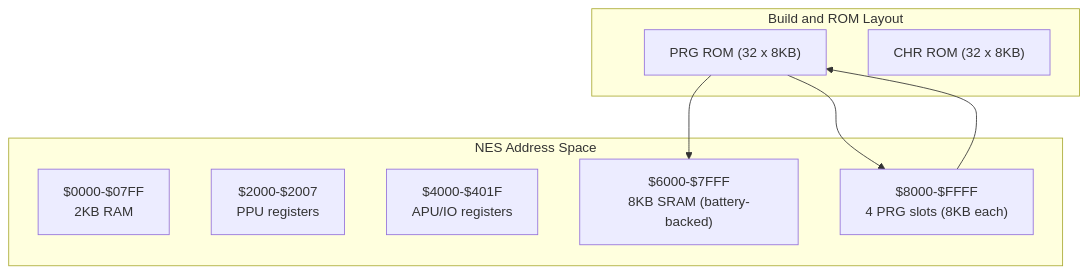
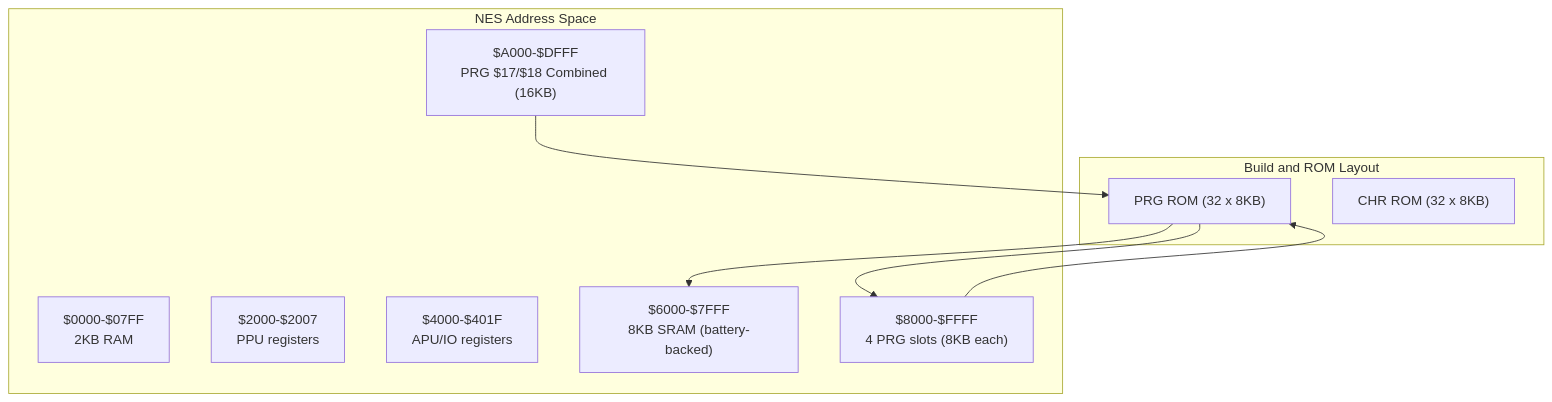
The first of 7 diagrams in .qoder/repowiki/en/content/Data Access and Memory Management/Memory Organization and Addressing.md (rabbyzero/sango2dasm), drawn with Mermaid before and after one commit. The commit also changed other lines of this file and 35 other files, not shown here.

````diff
--- a/.qoder/repowiki/en/content/Data Access and Memory Management/Memory Organization and Addressing.md
+++ b/.qoder/repowiki/en/content/Data Access and Memory Management/Memory Organization and Addressing.md
@@ -49,17 +55,19 @@
 ```mermaid
 graph TB
 subgraph "Build and ROM Layout"
 PRG["PRG ROM (32 x 8KB)"]
 CHR["CHR ROM (32 x 8KB)"]
 end
 subgraph "NES Address Space"
 RAM["$0000-$07FF<br/>2KB RAM"]
 PPU_REGS["$2000-$2007<br/>PPU registers"]
 IO["$4000-$401F<br/>APU/IO registers"]
 SRAM["$6000-$7FFF<br/>8KB SRAM (battery-backed)"]
 PRG_SLOTS["$8000-$FFFF<br/>4 PRG slots (8KB each)"]
+BANK17_18["$A000-$DFFF<br/>PRG $17/$18 Combined (16KB)"]
 end
 PRG --> PRG_SLOTS
 PRG --> SRAM
 PRG_SLOTS --> PRG
+BANK17_18 --> PRG
 ```
````
